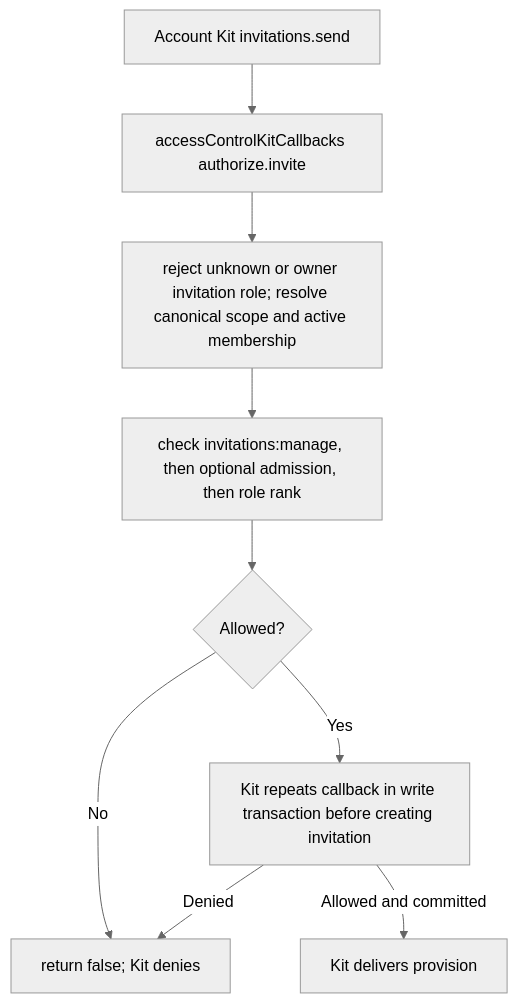
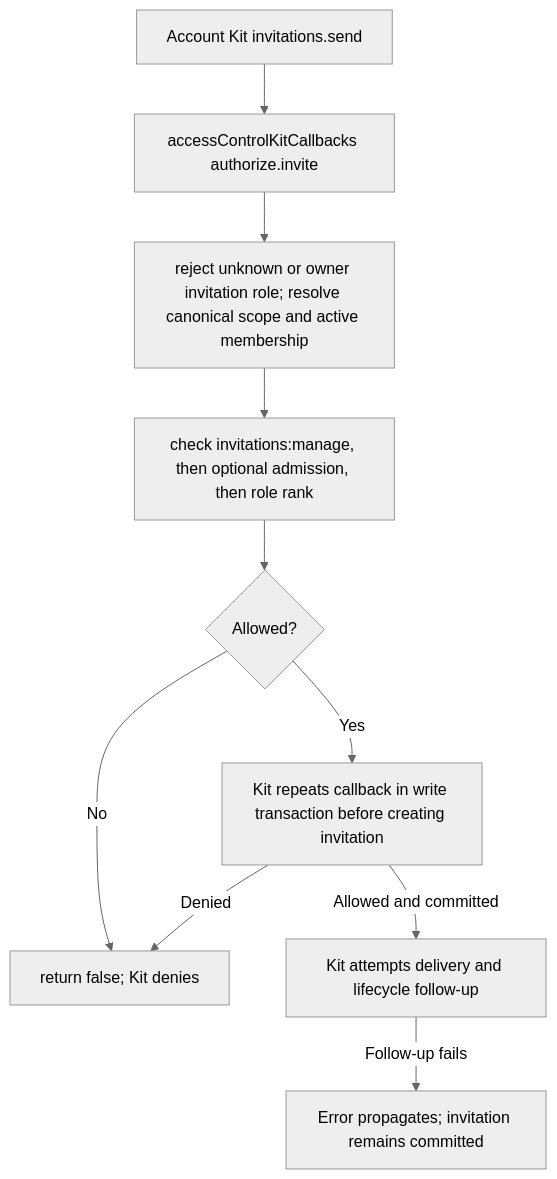
Before and after one commit to Kevinjohn/oss-adonisjs-access-control: the second of 2 diagrams in user-stories/US-ACCESS-09-invite-member.md, drawn with Mermaid (neutral theme). The commit also changed other lines of this file and 18 other files, not shown here.

Commit message:
Reconcile access control story flows

````diff
--- a/user-stories/US-ACCESS-09-invite-member.md
+++ b/user-stories/US-ACCESS-09-invite-member.md
@@ -32,11 +33,12 @@
 ```mermaid
 flowchart TD
     A["Account Kit invitations.send"] --> B["accessControlKitCallbacks authorize.invite"]
     B --> C["reject unknown or owner invitation role; resolve canonical scope and active membership"]
     C --> D["check invitations:manage, then optional admission, then role rank"]
     D --> E{"Allowed?"}
     E -->|No| F["return false; Kit denies"]
     E -->|Yes| G["Kit repeats callback in write transaction before creating invitation"]
     G -->|Denied| F
-    G -->|Allowed and committed| H["Kit delivers provision"]
+    G -->|Allowed and committed| H["Kit attempts delivery and lifecycle follow-up"]
+    H -->|Follow-up fails| I["Error propagates; invitation remains committed"]
 ```
````
